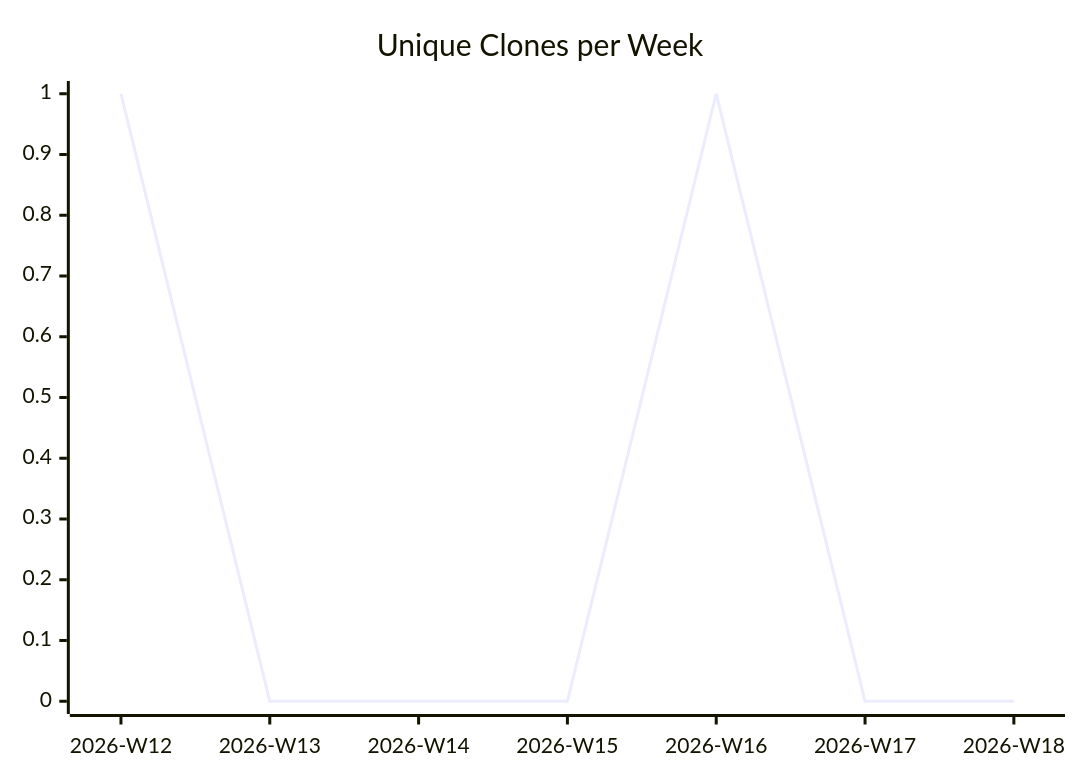
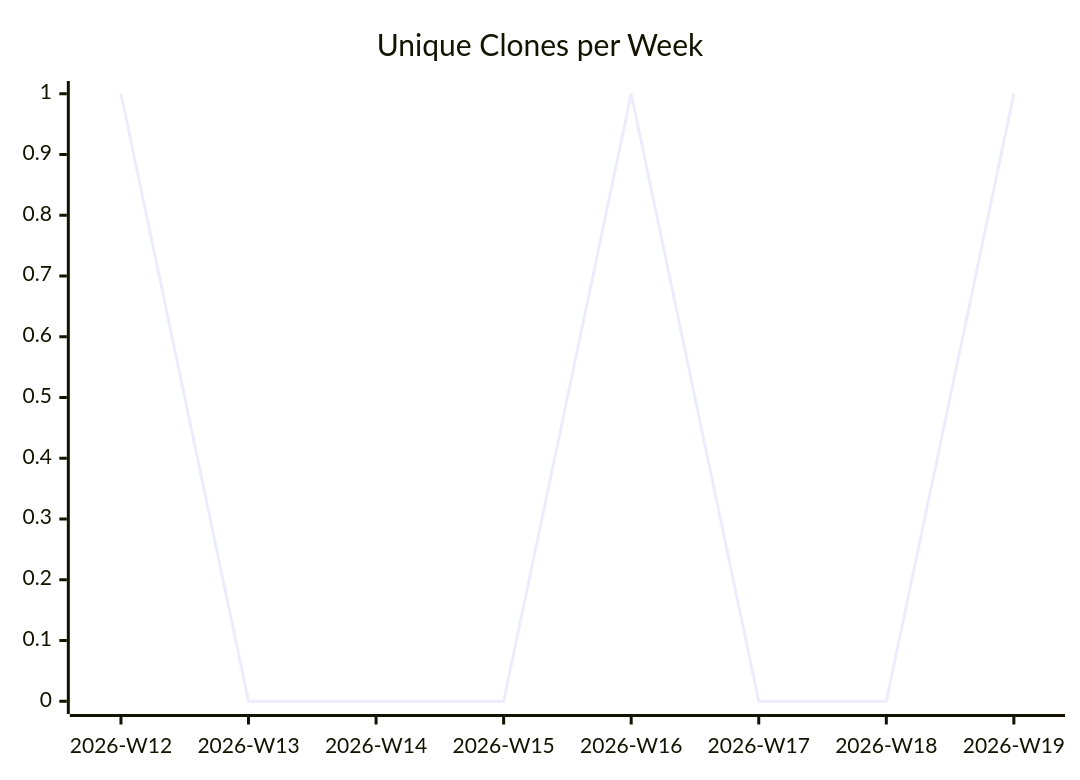
One commit to justdavis-family/github-analytics-data changed the third of 3 diagrams in karlmdavis/ansible/README.md. Above: the diagram before and after it, drawn with Mermaid. The commit also changed other lines of this file and 187 other files, not shown here.

````diff
--- a/karlmdavis/ansible/README.md
+++ b/karlmdavis/ansible/README.md
@@ -19,6 +19,6 @@
 ```mermaid
 xychart-beta
   title "Unique Clones per Week"
-  x-axis ["2026-W12", "2026-W13", "2026-W14", "2026-W15", "2026-W16", "2026-W17", "2026-W18"]
-  line [1, 0, 0, 0, 1, 0, 0]
+  x-axis ["2026-W12", "2026-W13", "2026-W14", "2026-W15", "2026-W16", "2026-W17", "2026-W18", "2026-W19"]
+  line [1, 0, 0, 0, 1, 0, 0, 1]
 ```
````
